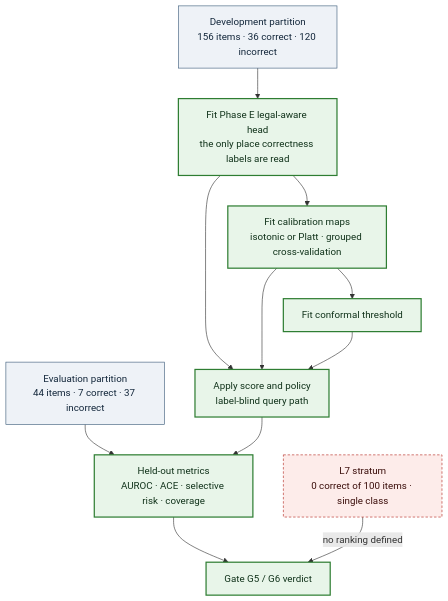
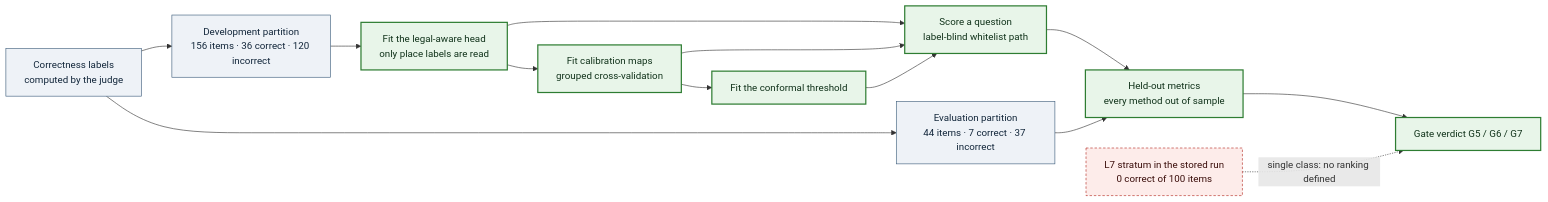
One commit to RushikeshMasalkar/jurisuq_code changed the second of 2 diagrams in README.md. Above: the diagram before and after it, drawn with Mermaid. The commit also changed other lines of this file, not shown here.

````diff
--- a/README.md
+++ b/README.md
@@ -326,27 +334,30 @@
 ```mermaid
-flowchart TB
+flowchart LR
+  D3["Correctness labels<br/>computed by the judge"]
   DEV["Development partition<br/>156 items · 36 correct · 120 incorrect"]
-  EVALP["Evaluation partition<br/>44 items · 7 correct · 37 incorrect"]
-  FIT["Fit Phase E legal-aware head<br/>the only place correctness labels are read"]
-  CALMAP["Fit calibration maps<br/>isotonic or Platt · grouped cross-validation"]
-  CONFORMAL["Fit conformal threshold"]
-  LABELFREE["Apply score and policy<br/>label-blind query path"]
-  METRICS["Held-out metrics<br/>AUROC · ACE · selective risk · coverage"]
-  GATES["Gate G5 / G6 verdict"]
-  L7["L7 stratum<br/>0 correct of 100 items · single class"]
+  EVA["Evaluation partition<br/>44 items · 7 correct · 37 incorrect"]
+  FIT["Fit the legal-aware head<br/>only place labels are read"]
+  CMAP["Fit calibration maps<br/>grouped cross-validation"]
+  CTHR["Fit the conformal threshold"]
+  QUERY["Score a question<br/>label-blind whitelist path"]
+  HELD["Held-out metrics<br/>every method out of sample"]
+  GATE["Gate verdict G5 / G6 / G7"]
+  L7["L7 stratum in the stored run<br/>0 correct of 100 items"]
 
-  DEV --> FIT --> CALMAP --> CONFORMAL
-  FIT --> LABELFREE
-  CALMAP --> LABELFREE
-  CONFORMAL --> LABELFREE
-  EVALP --> METRICS
-  LABELFREE --> METRICS --> GATES
-  L7 -->|no ranking defined| GATES
+  D3 --> DEV
+  D3 --> EVA
+  DEV --> FIT --> CMAP --> CTHR
+  FIT --> QUERY
+  CMAP --> QUERY
+  CTHR --> QUERY
+  QUERY --> HELD
+  EVA --> HELD --> GATE
+  L7 -.->|"single class: no ranking defined"| GATE
 
+  classDef impl fill:#e8f5e9,stroke:#2e7d32,stroke-width:2px,color:#10321a
   classDef data fill:#eef2f7,stroke:#3b5b7a,stroke-width:1px,color:#12263a
-  classDef impl fill:#e8f5e9,stroke:#2e7d32,stroke-width:2px,color:#10321a
   classDef blocked fill:#fdecea,stroke:#b3261e,stroke-width:1px,stroke-dasharray:4 3,color:#3a0d0a
-  class DEV,EVALP data
-  class FIT,CALMAP,CONFORMAL,LABELFREE,METRICS,GATES impl
+  class DEV,EVA,D3 data
+  class FIT,CMAP,CTHR,QUERY,HELD,GATE impl
   class L7 blocked
 ```
````
